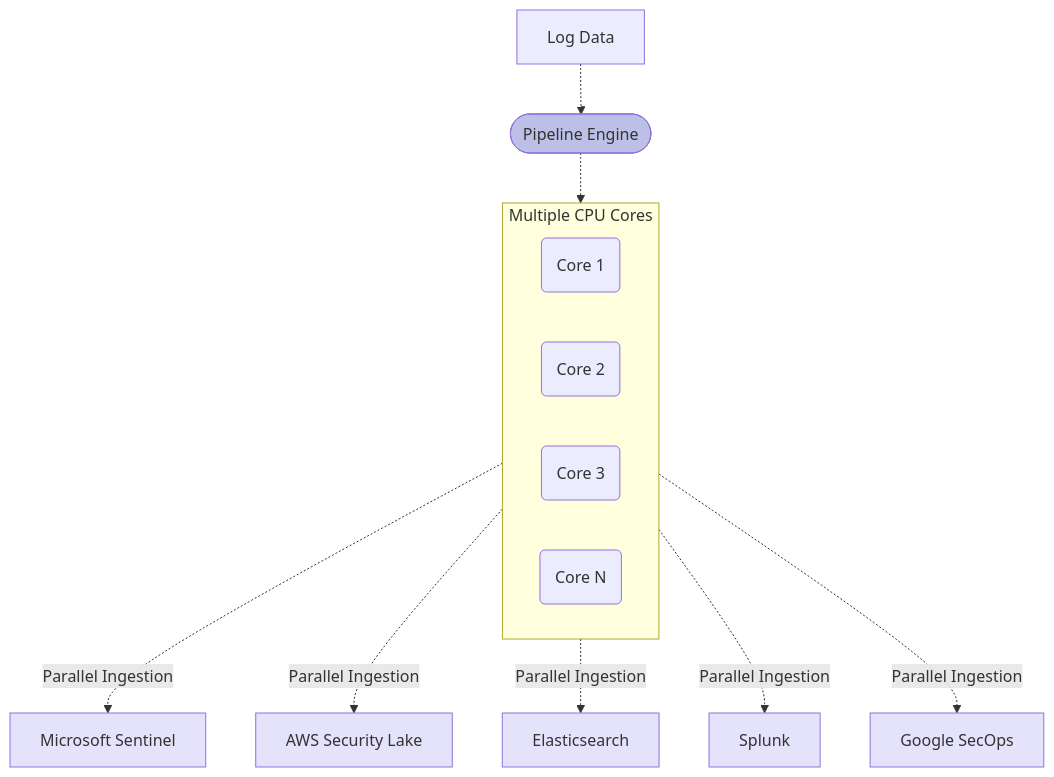
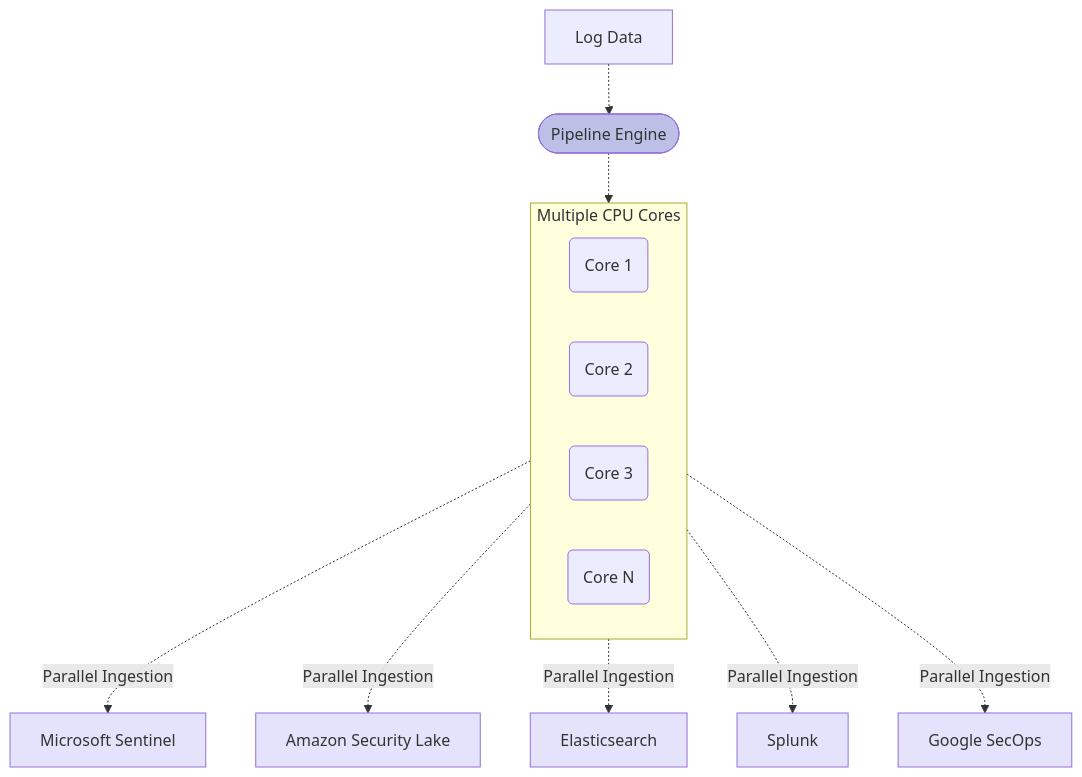
One commit to VirtualMetric/virtualmetric-docs changed the third of 8 diagrams in docs/about/key-features.mdx. Above: the diagram before and after it, drawn with Mermaid. The commit also changed other lines of this file and 29 other files, not shown here.

Commit message:
All instances of AWS were replaced with Amazon

````diff
--- a/docs/about/key-features.mdx
+++ b/docs/about/key-features.mdx
@@ -105,25 +105,25 @@
 ```mermaid
 graph TD
     subgraph Cores[Multiple CPU Cores]
         C1(Core 1)
         C2(Core 2)
         C3(Core 3)
         C4(Core N)
     end
     
     Data[Log Data] -.-> Pipeline([Pipeline Engine])
     Pipeline -.-> Cores
     
     Cores -.-> |Parallel Ingestion| SIEM1[Microsoft Sentinel]
-    Cores -.-> |Parallel Ingestion| SIEM2[AWS Security Lake]
+    Cores -.-> |Parallel Ingestion| SIEM2[Amazon Security Lake]
     Cores -.-> |Parallel Ingestion| SIEM3[Elasticsearch]
     Cores -.-> |Parallel Ingestion| SIEM4[Splunk]
     Cores -.-> |Parallel Ingestion| SIEM5[Google SecOps]
     
     style Pipeline fill:#BCC0E7
     style SIEM1 fill:#E5E2FB
     style SIEM2 fill:#E5E2FB
     style SIEM3 fill:#E5E2FB
     style SIEM4 fill:#E5E2FB
     style SIEM5 fill:#E5E2FB
 ```
````
